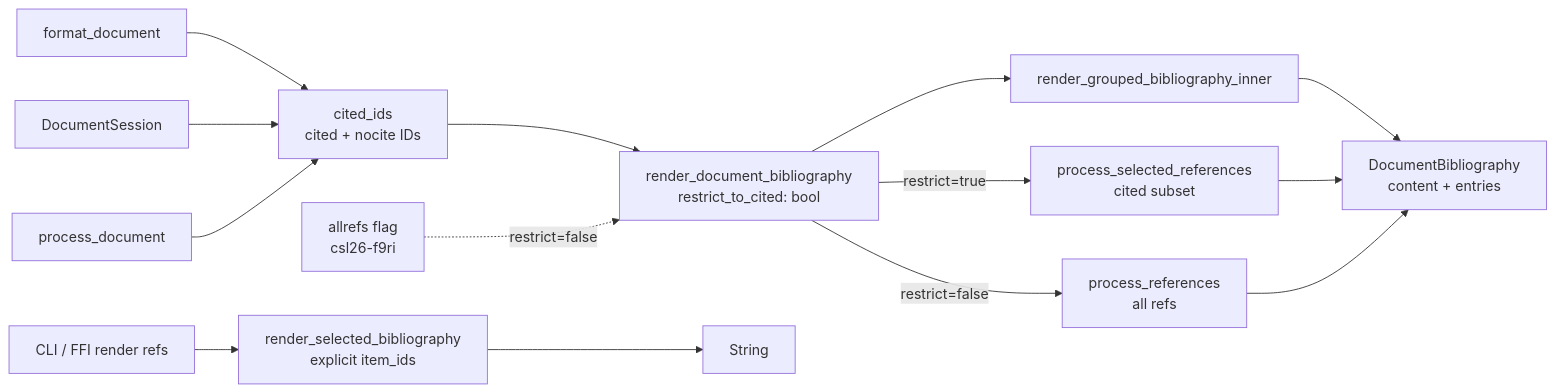
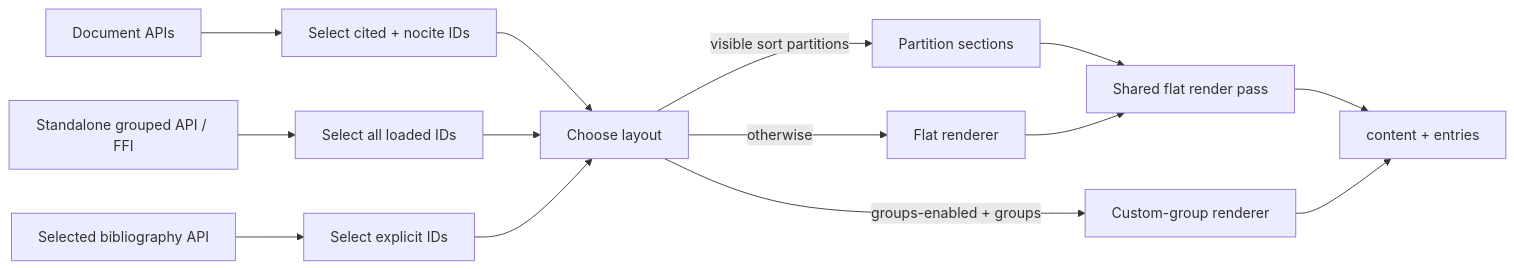
The diagram in docs/specs/BIBLIOGRAPHY_RENDERING_PIPELINE.md (citum/citum-core), drawn with Mermaid before and after one commit. The commit also changed other lines of this file and 8 other files, not shown here.

First line of the commit message:
fix(engine): unify bibliography group routing

````diff
--- a/docs/specs/BIBLIOGRAPHY_RENDERING_PIPELINE.md
+++ b/docs/specs/BIBLIOGRAPHY_RENDERING_PIPELINE.md
@@ -15,33 +25,19 @@
 ```mermaid
 flowchart LR
-    fd["format_document"]
-    se["DocumentSession"]
-    pd["process_document"]
-    gate["cited_ids\ncited + nocite IDs"]
-    facade["render_document_bibliography\nrestrict_to_cited: bool"]
-    inner["render_grouped_bibliography_inner"]
-    psr["process_selected_references\ncited subset"]
-    pra["process_references\nall refs"]
-    allrefs["allrefs flag\ncsl26-f9ri"]
-    out["DocumentBibliography\ncontent + entries"]
-    cli["CLI / FFI render refs"]
-    sel["render_selected_bibliography\nexplicit item_ids"]
-    str["String"]
+    document["Document APIs"] --> cited["Select cited + nocite IDs"]
+    grouped["Standalone grouped API / FFI"] --> all["Select all loaded IDs"]
+    selected["Selected bibliography API"] --> explicit["Select explicit IDs"]
 
-    fd --> gate
-    se --> gate
-    pd --> gate
-    gate --> facade
-    allrefs -.->|"restrict=false"| facade
+    cited --> layout["Choose layout"]
+    all --> layout
+    explicit --> layout
 
-    facade --> inner
-    facade -->|"restrict=true"| psr
-    facade -->|"restrict=false"| pra
+    layout -->|"groups-enabled + groups"| custom["Custom-group renderer"]
+    layout -->|"visible sort partitions"| partitions["Partition sections"]
+    layout -->|"otherwise"| flat["Flat renderer"]
 
-    inner --> out
-    psr --> out
-    pra --> out
-
-    cli --> sel
-    sel --> str
+    partitions --> shared["Shared flat render pass"]
+    flat --> shared
+    shared --> output["content + entries"]
+    custom --> output
 ```
````
